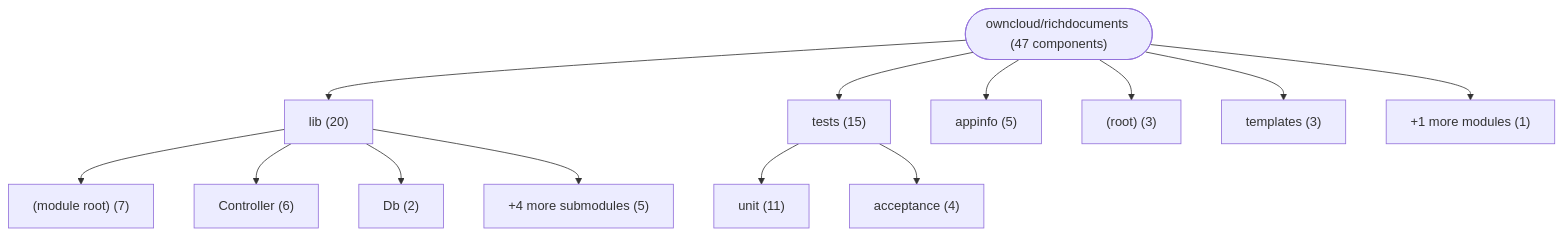
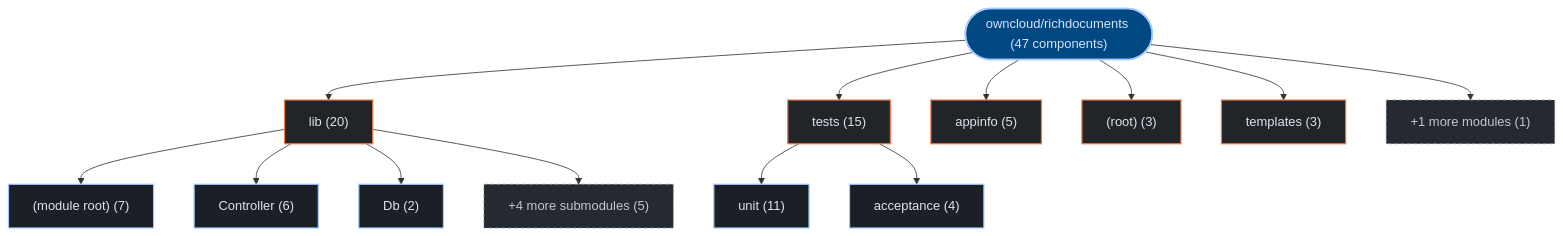
Before and after one commit to kumarshaz/atruss-code-atlas: the first of 2 diagrams in exports/latest/reports/owncloud-richdocuments-report.md, drawn with Mermaid. The commit also changed other lines of this file and 331 other files, not shown here.

Commit message:
docs,ui,fix: update SDLC docs, reorder CI/CD DAG first, stylize Mermaid, and fix Arc42 pipeline topology

````diff
--- a/exports/latest/reports/owncloud-richdocuments-report.md
+++ b/exports/latest/reports/owncloud-richdocuments-report.md
@@ -42,28 +42,35 @@
 ```mermaid
 graph TD;
-    repo_root(["owncloud/richdocuments (47 components)"])
-    dir_0_lib["lib (20)"]
+  classDef atlasRoot fill:#004882,stroke:#a3c9ff,stroke-width:2px,color:#d3e4ff
+  classDef atlasCategory fill:#212428,stroke:#E87A48,stroke-width:1.5px,color:#dfe3eb
+  classDef atlasWorkflow fill:#1b2026,stroke:#a3c9ff,stroke-width:1.5px,color:#dfe3eb
+  classDef atlasJob fill:#171c22,stroke:#8d9199,stroke-width:1px,color:#dfe3eb
+  classDef atlasTarget fill:#005227,stroke:#8bd99b,stroke-width:1.5px,color:#a7f6b6
+  classDef atlasAlert fill:#93000a,stroke:#ffb4ab,stroke-width:1.5px,color:#ffdad6
+  classDef atlasMore fill:#252a31,stroke:#8d9199,stroke-dasharray:4 4,color:#c3c6cf
+    repo_root(["owncloud/richdocuments (47 components)"]):::atlasRoot
+    dir_0_lib["lib (20)"]:::atlasCategory
     repo_root --> dir_0_lib
-    sub_0_0__module_root_["(module root) (7)"]
+    sub_0_0__module_root_["(module root) (7)"]:::atlasWorkflow
     dir_0_lib --> sub_0_0__module_root_
-    sub_0_1_Controller["Controller (6)"]
+    sub_0_1_Controller["Controller (6)"]:::atlasWorkflow
     dir_0_lib --> sub_0_1_Controller
-    sub_0_2_Db["Db (2)"]
+    sub_0_2_Db["Db (2)"]:::atlasWorkflow
     dir_0_lib --> sub_0_2_Db
-    sub_0_more["+4 more submodules (5)"]
+    sub_0_more["+4 more submodules (5)"]:::atlasMore
     dir_0_lib --> sub_0_more
-    dir_1_tests["tests (15)"]
+    dir_1_tests["tests (15)"]:::atlasCategory
     repo_root --> dir_1_tests
-    sub_1_0_unit["unit (11)"]
+    sub_1_0_unit["unit (11)"]:::atlasWorkflow
     dir_1_tests --> sub_1_0_unit
-    sub_1_1_acceptance["acceptance (4)"]
+    sub_1_1_acceptance["acceptance (4)"]:::atlasWorkflow
     dir_1_tests --> sub_1_1_acceptance
-    dir_2_appinfo["appinfo (5)"]
+    dir_2_appinfo["appinfo (5)"]:::atlasCategory
     repo_root --> dir_2_appinfo
-    dir_3__root_["(root) (3)"]
+    dir_3__root_["(root) (3)"]:::atlasCategory
     repo_root --> dir_3__root_
-    dir_4_templates["templates (3)"]
+    dir_4_templates["templates (3)"]:::atlasCategory
     repo_root --> dir_4_templates
-    dir_other_modules["+1 more modules (1)"]
+    dir_other_modules["+1 more modules (1)"]:::atlasMore
     repo_root --> dir_other_modules
 ```
````
